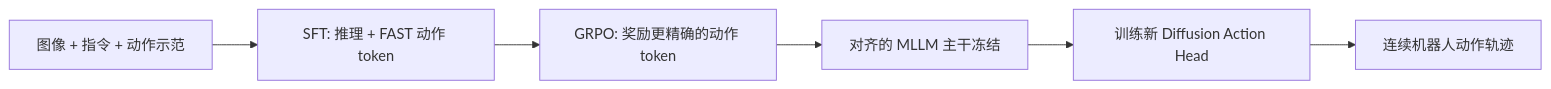
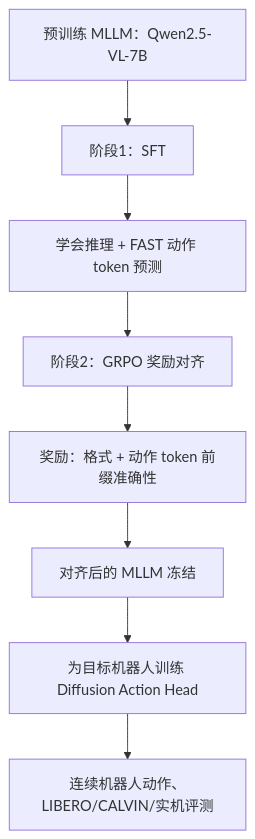
One commit to 1zyulin/MobileVLA-R1-2.0-study changed the diagram in reading-2026/notes/week01-lesson01-reasoning-action-alignment.md. Above: the diagram before and after it, drawn with Mermaid. The commit also changed other lines of this file, not shown here.

````diff
--- a/reading-2026/notes/week01-lesson01-reasoning-action-alignment.md
+++ b/reading-2026/notes/week01-lesson01-reasoning-action-alignment.md
@@ -31,8 +18,10 @@
 ```mermaid
-flowchart LR
- O[图像 + 指令 + 动作示范] --> S[SFT: 推理 + FAST 动作 token]
- S --> G[GRPO: 奖励更精确的动作 token]
- G --> M[对齐的 MLLM 主干冻结]
- M --> H[训练新 Diffusion Action Head]
- H --> A[连续机器人动作轨迹]
+flowchart TD
+  A[预训练 MLLM：Qwen2.5-VL-7B] --> B[阶段1：SFT]
+  B --> C[学会推理 + FAST 动作 token 预测]
+  C --> D[阶段2：GRPO 奖励对齐]
+  D --> E[奖励：格式 + 动作 token 前缀准确性]
+  E --> F[对齐后的 MLLM 冻结]
+  F --> G[为目标机器人训练 Diffusion Action Head]
+  G --> H[连续机器人动作、LIBERO/CALVIN/实机评测]
 ```
````
